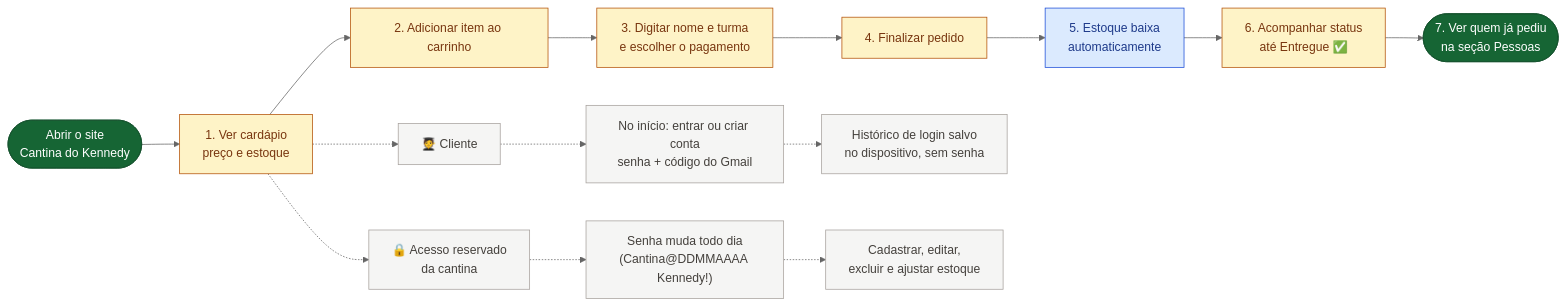
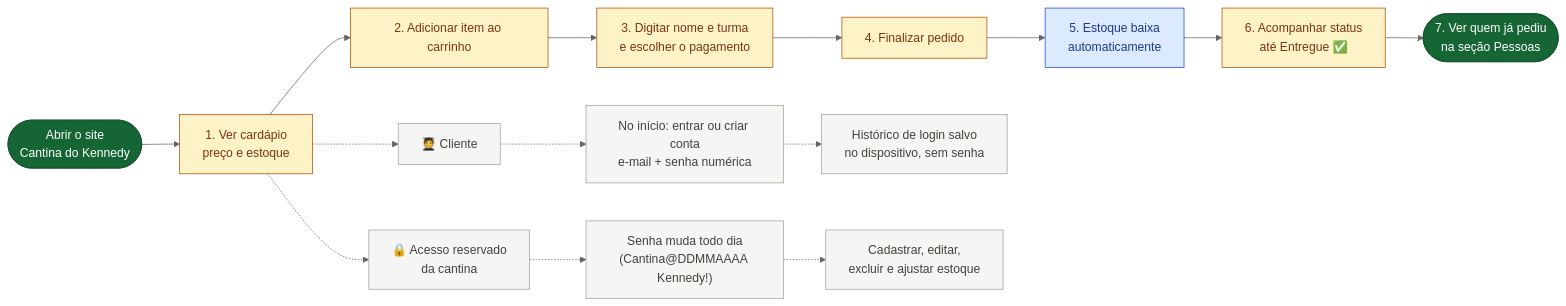
Before and after one commit to afonsomiguel700/cantina-kennedy: the diagram in fluxograma-simples.md, drawn with Mermaid (neutral theme). The commit also changed 7 other files, not shown here.

Commit message:
Login do cliente sem código e senha admin de 8 caracteres

````diff
--- a/fluxograma-simples.md
+++ b/fluxograma-simples.md
@@ -12,29 +12,29 @@
 ```mermaid
 flowchart LR
     A(["Abrir o site<br/>Cantina do Kennedy"])
     B["1. Ver cardápio<br/>preço e estoque"]
     C["2. Adicionar item ao carrinho"]
     D["3. Digitar nome e turma<br/>e escolher o pagamento"]
     E["4. Finalizar pedido"]
     F["5. Estoque baixa<br/>automaticamente"]
     G["6. Acompanhar status<br/>até Entregue ✅"]
     H(["7. Ver quem já pediu<br/>na seção Pessoas"])
 
     A --> B --> C --> D --> E --> F --> G --> H
 
     B -.-> I["🧑‍🎓 Cliente"]
-    I -.-> J["No início: entrar ou criar conta<br/>senha + código do Gmail"]
+    I -.-> J["No início: entrar ou criar conta<br/>e-mail + senha numérica"]
     J -.-> N["Histórico de login salvo<br/>no dispositivo, sem senha"]
     B -.-> L["🔒 Acesso reservado<br/>da cantina"]
     L -.-> M["Senha muda todo dia<br/>(Cantina@DDMMAAAA Kennedy!)"]
     M -.-> K["Cadastrar, editar,<br/>excluir e ajustar estoque"]
 
     classDef inicio fill:#166534,stroke:#14532d,color:#ffffff;
     classDef acao fill:#fef3c7,stroke:#b45309,color:#78350f;
     classDef salvo fill:#dbeafe,stroke:#1d4ed8,color:#1e3a8a;
     classDef extra fill:#f5f5f4,stroke:#a8a29e,color:#44403c;
     class A,H inicio;
     class B,C,D,E,G acao;
     class F salvo;
     class I,J,L,M,K,N extra;
 ```
````
